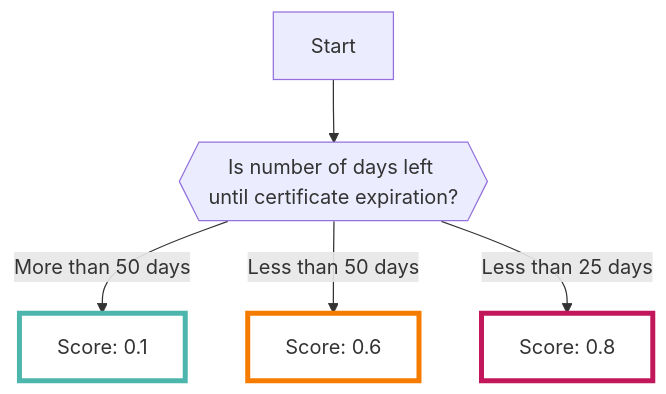
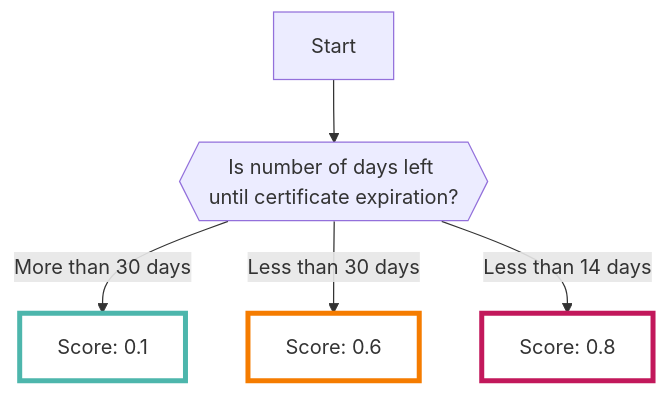
Before and after one commit to ca-risken/doc: the second of 3 diagrams in docs/osint/domain_concept.md, drawn with Mermaid.

Commit message:
fix osint certificate expiration
スコアに関わる日数の修正

````diff
--- a/docs/osint/domain_concept.md
+++ b/docs/osint/domain_concept.md
@@ -46,10 +46,10 @@
 ```mermaid
 graph TD
     A[Start] --> B{{Is number of days left until certificate expiration?}};
-    B -->|More than 50 days| C[Score: 0.1]:::low;
-    B -->|Less than 50 days| D[Score: 0.6]:::mid;
-    B -->|Less than 25 days| E[Score: 0.8]:::high;
+    B -->|More than 30 days| C[Score: 0.1]:::low;
+    B -->|Less than 30 days| D[Score: 0.6]:::mid;
+    B -->|Less than 14 days| E[Score: 0.8]:::high;
     classDef high fill:#FFFFFF,stroke:#C2185B,stroke-width:4px;
     classDef mid fill:#FFFFFF,stroke:#F57C00,stroke-width:4px;
     classDef low fill:#FFFFFF,stroke:#4DB6AC,stroke-width:4px;
 ```
````
